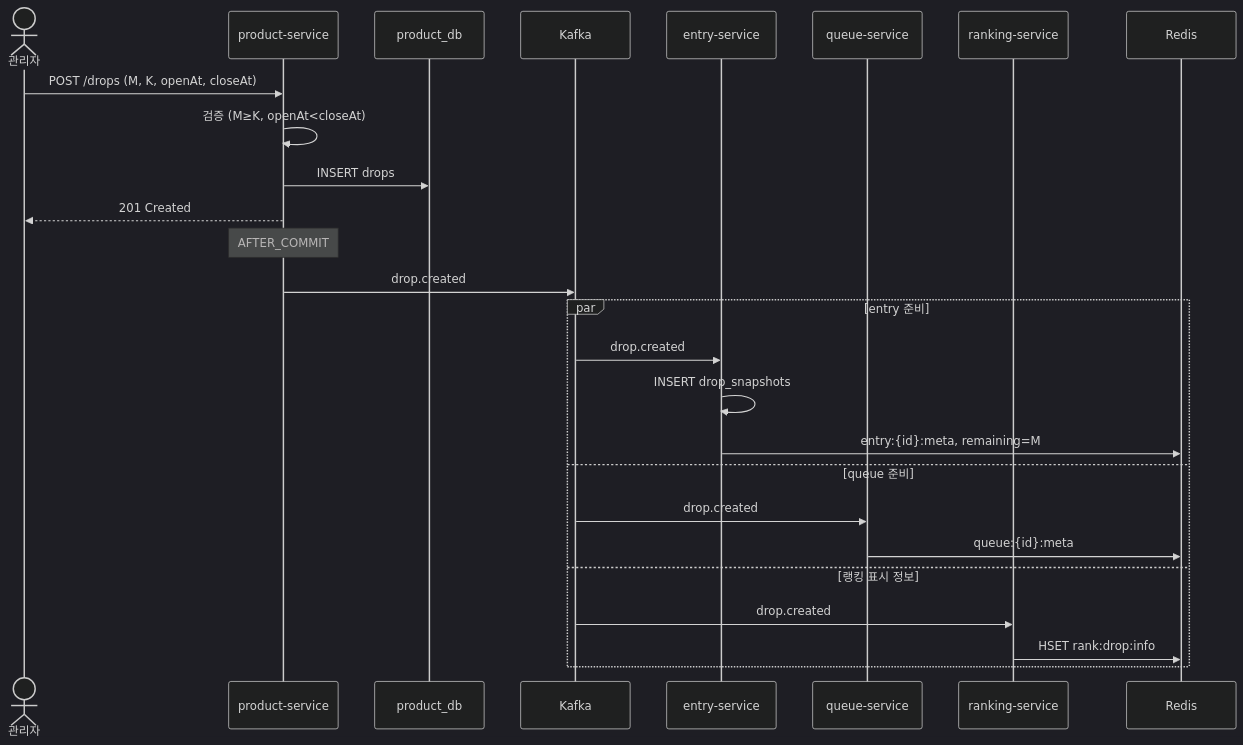
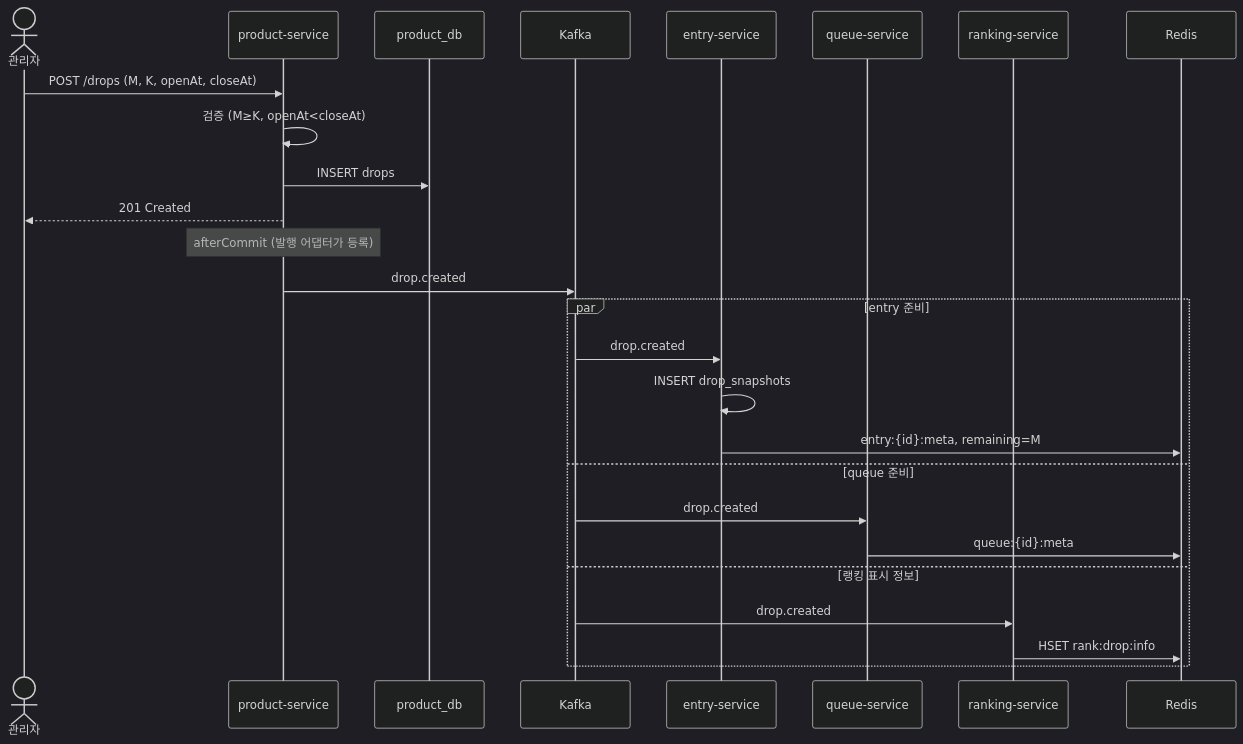
One commit to dd-jiny/queue-drop changed the diagram in docs/design/05-features/drop-register.md. Above: the diagram before and after it, drawn with Mermaid (dark theme). The commit also changed other lines of this file and 24 other files, not shown here.

````diff
--- a/docs/design/05-features/drop-register.md
+++ b/docs/design/05-features/drop-register.md
@@ -58,30 +65,30 @@
 ```mermaid
 sequenceDiagram
     actor A as 관리자
     participant PS as product-service
     participant DB as product_db
     participant K as Kafka
     participant ES as entry-service
     participant QS as queue-service
     participant RS as ranking-service
     participant R as Redis
 
     A->>PS: POST /drops (M, K, openAt, closeAt)
     PS->>PS: 검증 (M≥K, openAt<closeAt)
     PS->>DB: INSERT drops
     PS-->>A: 201 Created
-    Note over PS: AFTER_COMMIT
+    Note over PS: afterCommit (발행 어댑터가 등록)
     PS->>K: drop.created
 
     par entry 준비
         K->>ES: drop.created
         ES->>ES: INSERT drop_snapshots
         ES->>R: entry:{id}:meta, remaining=M
     and queue 준비
         K->>QS: drop.created
         QS->>R: queue:{id}:meta
     and 랭킹 표시 정보
         K->>RS: drop.created
         RS->>R: HSET rank:drop:info
     end
 ```
````
